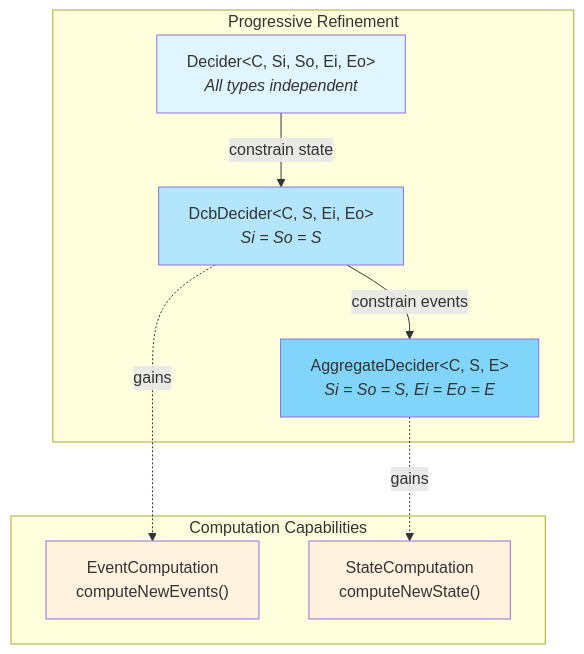
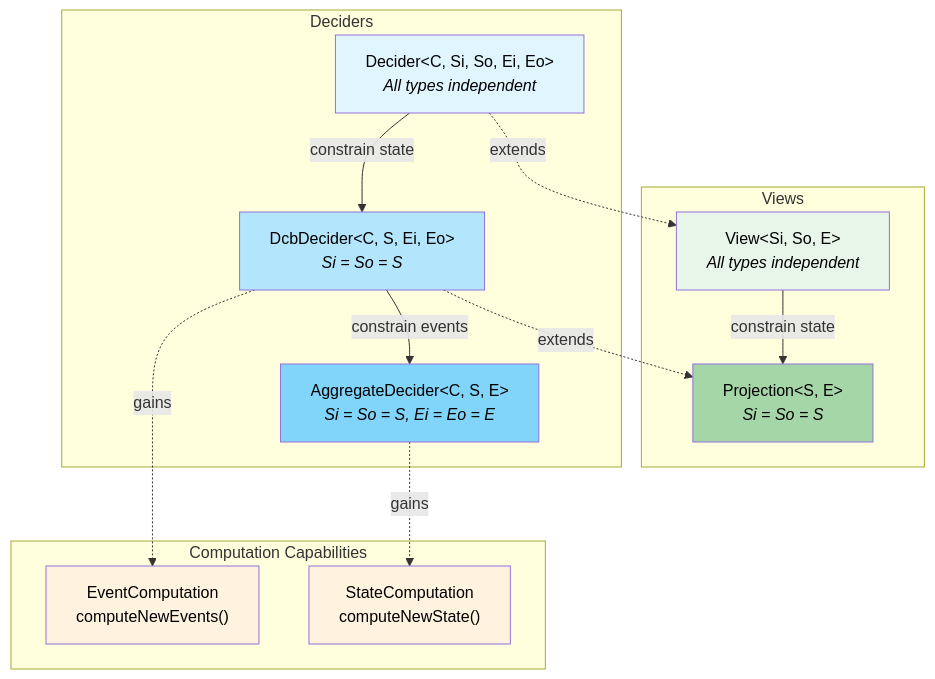
The first of 4 diagrams in README.md (fraktalio/fmodel-decider), drawn with Mermaid before and after one commit. The commit also changed other lines of this file, not shown here.

````diff
--- a/README.md
+++ b/README.md
@@ -925,25 +925,35 @@
 ```mermaid
 graph TB
-    subgraph "Progressive Refinement"
+    subgraph "Views"
+        V["View&lt;Si, So, E&gt;<br/><i>All types independent</i>"]
+        P["Projection&lt;S, E&gt;<br/><i>Si = So = S</i>"]
+        V -->|"constrain state"| P
+    end
+    
+    subgraph "Deciders"
         D["Decider&lt;C, Si, So, Ei, Eo&gt;<br/><i>All types independent</i>"]
         DCB["DcbDecider&lt;C, S, Ei, Eo&gt;<br/><i>Si = So = S</i>"]
         AGG["AggregateDecider&lt;C, S, E&gt;<br/><i>Si = So = S, Ei = Eo = E</i>"]
         
         D -->|"constrain state"| DCB
         DCB -->|"constrain events"| AGG
     end
     
     subgraph "Computation Capabilities"
         EC["EventComputation<br/>computeNewEvents()"]
         SC["StateComputation<br/>computeNewState()"]
     end
     
+    D -.->|"extends"| V
+    DCB -.->|"extends"| P
     DCB -.->|"gains"| EC
     AGG -.->|"gains"| SC
     
-    style D fill:#e1f5fe
-    style DCB fill:#b3e5fc
-    style AGG fill:#81d4fa
-    style EC fill:#fff3e0
-    style SC fill:#fff3e0
+    style D fill:#e1f5fe,color:#000
+    style DCB fill:#b3e5fc,color:#000
+    style AGG fill:#81d4fa,color:#000
+    style V fill:#e8f5e9,color:#000
+    style P fill:#a5d6a7,color:#000
+    style EC fill:#fff3e0,color:#000
+    style SC fill:#fff3e0,color:#000
 ```
````
